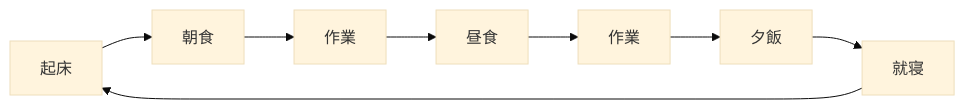
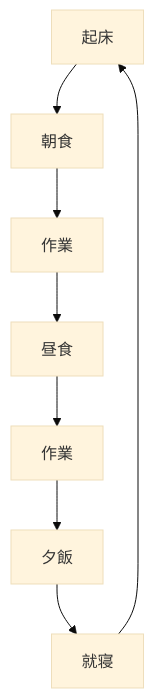
The diagram in posts/sample.md (mmmmatsuuuu/10-3ch), drawn with Mermaid (base theme) before and after one commit. The commit also changed other lines of this file and 13 other files, not shown here.

````diff
--- a/posts/sample.md
+++ b/posts/sample.md
@@ -114,10 +120,10 @@
 ```mermaid
-graph LR
+graph TB
   A[起床] --> B[朝食]
   B --> C[作業]
   C --> D[昼食]
   D --> E[作業]
   E --> F[夕飯]
   F --> G[就寝]
   G --> A
 ```
````
